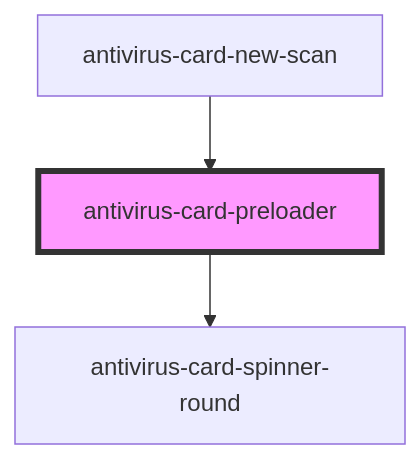
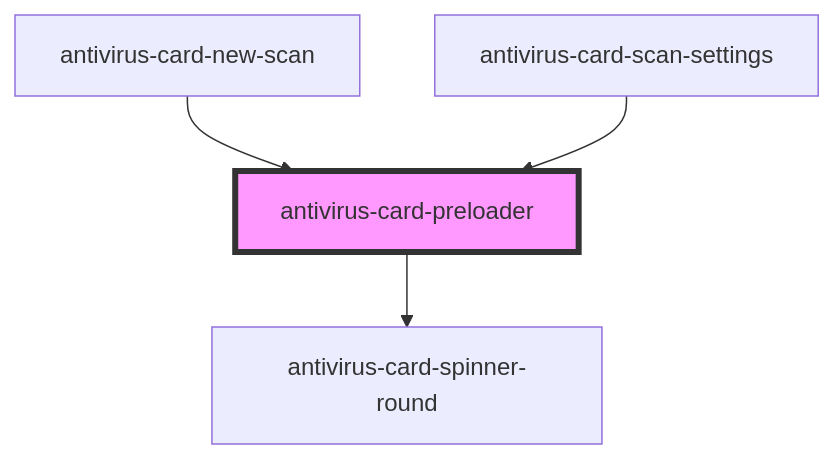
One commit to ispsystem/plugin-imunify changed the diagram in client/packages/antivirus-card/src/components/preloader/readme.md. Above: the diagram before and after it, drawn with Mermaid. The commit also changed other lines of this file and 21 other files, not shown here.

Commit message:
wip(antivirus-card): 🚧 actions dont work :-(

````diff
--- a/client/packages/antivirus-card/src/components/preloader/readme.md
+++ b/client/packages/antivirus-card/src/components/preloader/readme.md
@@ -32,6 +33,7 @@
 ```mermaid
 graph TD;
   antivirus-card-preloader --> antivirus-card-spinner-round
   antivirus-card-new-scan --> antivirus-card-preloader
+  antivirus-card-scan-settings --> antivirus-card-preloader
   style antivirus-card-preloader fill:#f9f,stroke:#333,stroke-width:4px
 ```
````
